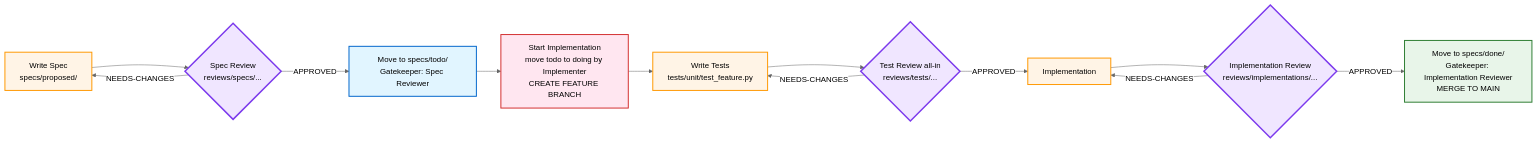
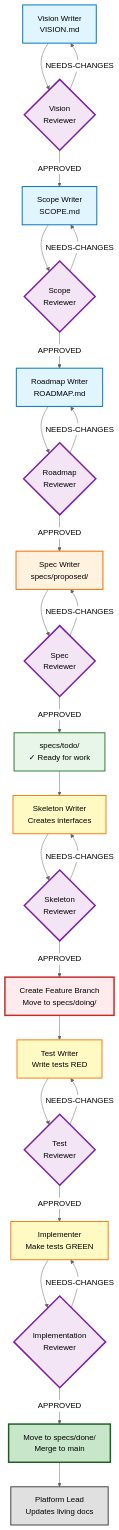
The first of 9 diagrams in workflow-diagram.md (abstractionlair/dev_workflow_meta), drawn with Mermaid (neutral theme) before and after one commit. The commit also changed other lines of this file and 31 other files, not shown here.

````diff
--- a/workflow-diagram.md
+++ b/workflow-diagram.md
@@ -7,28 +7,63 @@
 ```mermaid
-flowchart LR
-    A[Write Spec<br/>specs/proposed/] --> B{Spec Review<br/>reviews/specs/...}
-    B -- APPROVED --> C[Move to specs/todo/<br/>Gatekeeper: Spec Reviewer]
-    B -- NEEDS-CHANGES --> A
+flowchart TD
+    %% Foundation Phase
+    V[Vision Writer<br/>VISION.md] --> VR{Vision<br/>Reviewer}
+    VR -- APPROVED --> S[Scope Writer<br/>SCOPE.md]
+    VR -- NEEDS-CHANGES --> V
     
-    C --> D[Start Implementation<br/>move todo to doing by Implementer<br/>CREATE FEATURE BRANCH]
+    %% Planning Phase
+    S --> SR{Scope<br/>Reviewer}
+    SR -- NEEDS-CHANGES --> S
+    SR -- APPROVED --> R[Roadmap Writer<br/>ROADMAP.md]
     
-    D --> E[Write Tests<br/>tests/unit/test_feature.py]
-    E --> F{Test Review all-in<br/>reviews/tests/...}
-    F -- NEEDS-CHANGES --> E
-    F -- APPROVED --> G[Implementation]
+    R --> RR{Roadmap<br/>Reviewer}
+    RR -- NEEDS-CHANGES --> R
+    RR -- APPROVED --> SP[Spec Writer<br/>specs/proposed/]
     
-    G --> H{Implementation Review<br/>reviews/implementations/...}
-    H -- NEEDS-CHANGES --> G
-    H -- APPROVED --> I[Move to specs/done/<br/>Gatekeeper: Implementation Reviewer<br/>MERGE TO MAIN]
+    %% Specification Phase
+    SP --> SPR{Spec<br/>Reviewer}
+    SPR -- NEEDS-CHANGES --> SP
+    SPR -- APPROVED --> TODO[specs/todo/<br/>✓ Ready for work]
     
-    style A fill:#fff4e6,stroke:#ff9800,stroke-width:2px
-    style C fill:#e1f5ff,stroke:#0066cc,stroke-width:2px
-    style D fill:#ffe6f0,stroke:#d32f2f,stroke-width:2px
-    style E fill:#fff4e6,stroke:#ff9800,stroke-width:2px
-    style G fill:#fff4e6,stroke:#ff9800,stroke-width:2px
-    style I fill:#e8f5e9,stroke:#2e7d32,stroke-width:2px
+    %% Interface Phase
+    TODO --> SKW[Skeleton Writer<br/>Creates interfaces]
+    SKW --> SKR{Skeleton<br/>Reviewer}
+    SKR -- NEEDS-CHANGES --> SKW
+    SKR -- APPROVED --> BRANCH[Create Feature Branch<br/>Move to specs/doing/]
     
-    style B fill:#f0e6ff,stroke:#7c3aed,stroke-width:3px
-    style F fill:#f0e6ff,stroke:#7c3aed,stroke-width:3px
-    style H fill:#f0e6ff,stroke:#7c3aed,stroke-width:3px
+    %% TDD Phase
+    BRANCH --> TW[Test Writer<br/>Write tests RED]
+    TW --> TR{Test<br/>Reviewer}
+    TR -- NEEDS-CHANGES --> TW
+    TR -- APPROVED --> IMP[Implementer<br/>Make tests GREEN]
+    
+    %% Implementation Phase
+    IMP --> IR{Implementation<br/>Reviewer}
+    IR -- NEEDS-CHANGES --> IMP
+    IR -- APPROVED --> DONE[Move to specs/done/<br/>Merge to main]
+    
+    %% Continuous
+    DONE --> PL[Platform Lead<br/>Updates living docs]
+    
+    %% Styling
+    style V fill:#e1f5fe,stroke:#0277bd,stroke-width:2px
+    style S fill:#e1f5fe,stroke:#0277bd,stroke-width:2px
+    style R fill:#e1f5fe,stroke:#0277bd,stroke-width:2px
+    style SP fill:#fff3e0,stroke:#ef6c00,stroke-width:2px
+    
+    style VR fill:#f3e5f5,stroke:#7b1fa2,stroke-width:3px
+    style SR fill:#f3e5f5,stroke:#7b1fa2,stroke-width:3px
+    style RR fill:#f3e5f5,stroke:#7b1fa2,stroke-width:3px
+    style SPR fill:#f3e5f5,stroke:#7b1fa2,stroke-width:3px
+    style SKR fill:#f3e5f5,stroke:#7b1fa2,stroke-width:3px
+    style TR fill:#f3e5f5,stroke:#7b1fa2,stroke-width:3px
+    style IR fill:#f3e5f5,stroke:#7b1fa2,stroke-width:3px
+    
+    style TODO fill:#e8f5e9,stroke:#2e7d32,stroke-width:2px
+    style BRANCH fill:#ffebee,stroke:#c62828,stroke-width:3px
+    style SKW fill:#fff9c4,stroke:#f57f17,stroke-width:2px
+    style TW fill:#fff9c4,stroke:#f57f17,stroke-width:2px
+    style IMP fill:#fff9c4,stroke:#f57f17,stroke-width:2px
+    style DONE fill:#c8e6c9,stroke:#1b5e20,stroke-width:3px
+    style PL fill:#e0e0e0,stroke:#424242,stroke-width:2px
 ```
````
